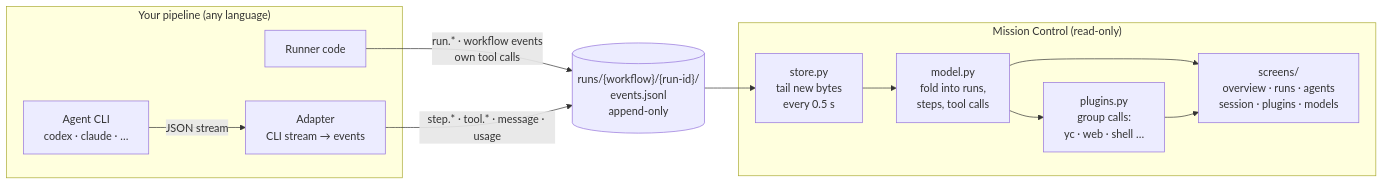
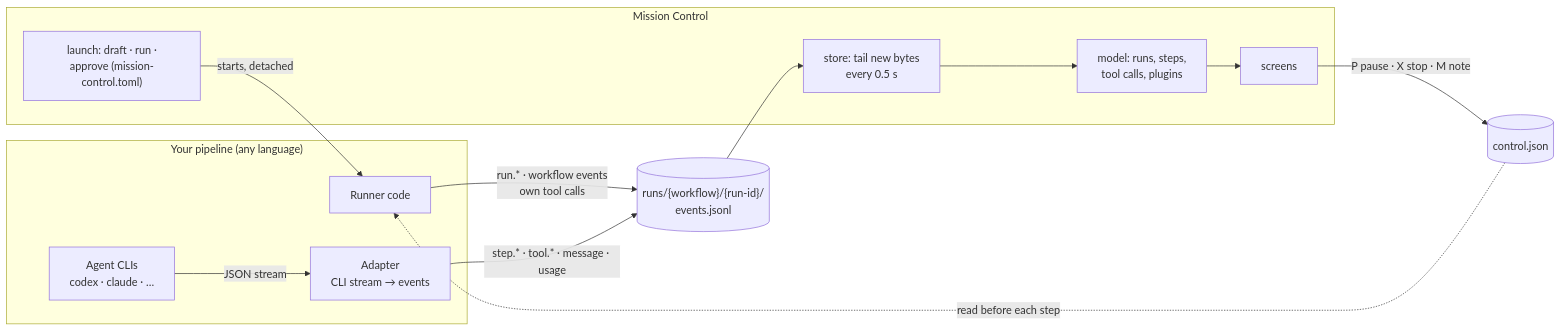
The diagram in README.md (Ashwani1330/mission-control), drawn with Mermaid before and after one commit. The commit also changed other lines of this file and 7 other files, not shown here.

````diff
--- a/README.md
+++ b/README.md
@@ -19,24 +24,24 @@
 ```mermaid
 flowchart LR
     subgraph P["Your pipeline (any language)"]
         R["Runner code"]
-        A1["Agent CLI<br/>codex · claude · …"]
+        A1["Agent CLIs<br/>codex · claude · …"]
         AD["Adapter<br/>CLI stream → events"]
         A1 -- "JSON stream" --> AD
     end
 
-    T[("runs/{workflow}/{run-id}/<br/>events.jsonl<br/>append-only")]
+    T[("runs/{workflow}/{run-id}/<br/>events.jsonl")]
+    C[("control.json")]
     R -- "run.* · workflow events<br/>own tool calls" --> T
     AD -- "step.* · tool.* · message · usage" --> T
 
-    subgraph MC["Mission Control (read-only)"]
-        S["store.py<br/>tail new bytes<br/>every 0.5 s"]
-        M["model.py<br/>fold into runs,<br/>steps, tool calls"]
-        PL["plugins.py<br/>group calls:<br/>yc · web · shell …"]
-        V["screens/<br/>overview · runs · agents<br/>session · plugins · models"]
-        S --> M --> V
-        M --> PL --> V
+    subgraph MC["Mission Control"]
+        S["store: tail new bytes<br/>every 0.5 s"] --> M["model: runs, steps,<br/>tool calls, plugins"] --> V["screens"]
+        L["launch: draft · run ·<br/>approve (mission-control.toml)"]
     end
 
     T --> S
+    V -- "P pause · X stop · M note" --> C
+    C -. "read before each step" .-> R
+    L -- "starts, detached" --> R
 ```
````
